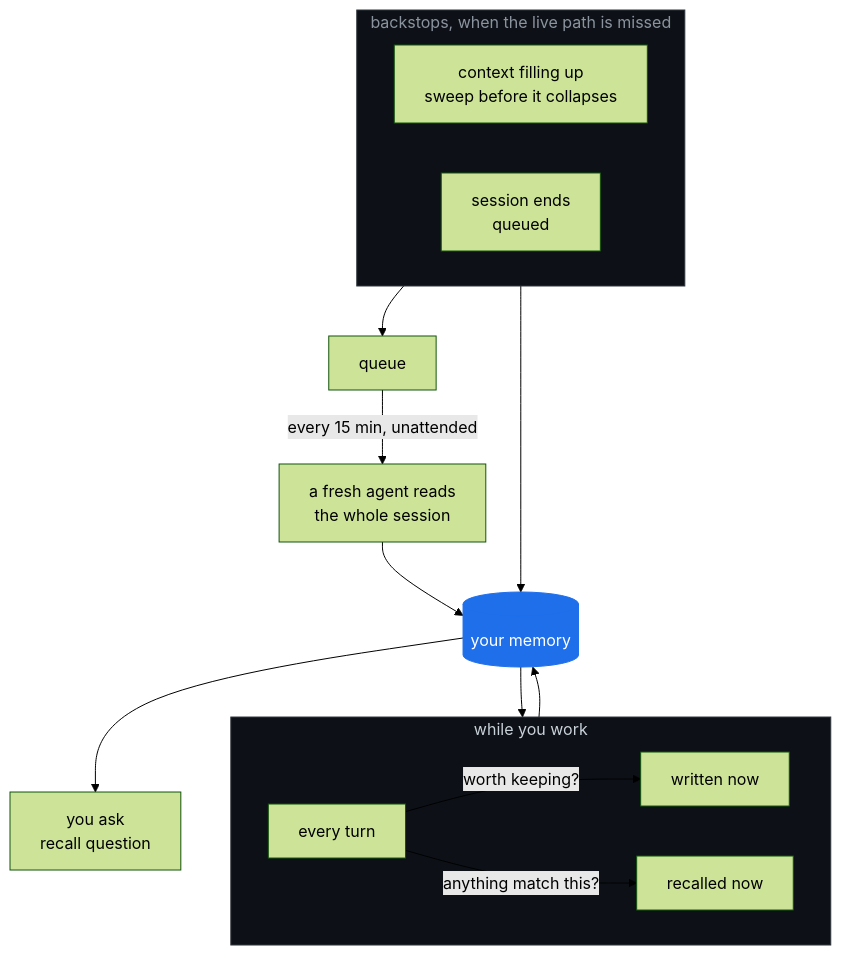
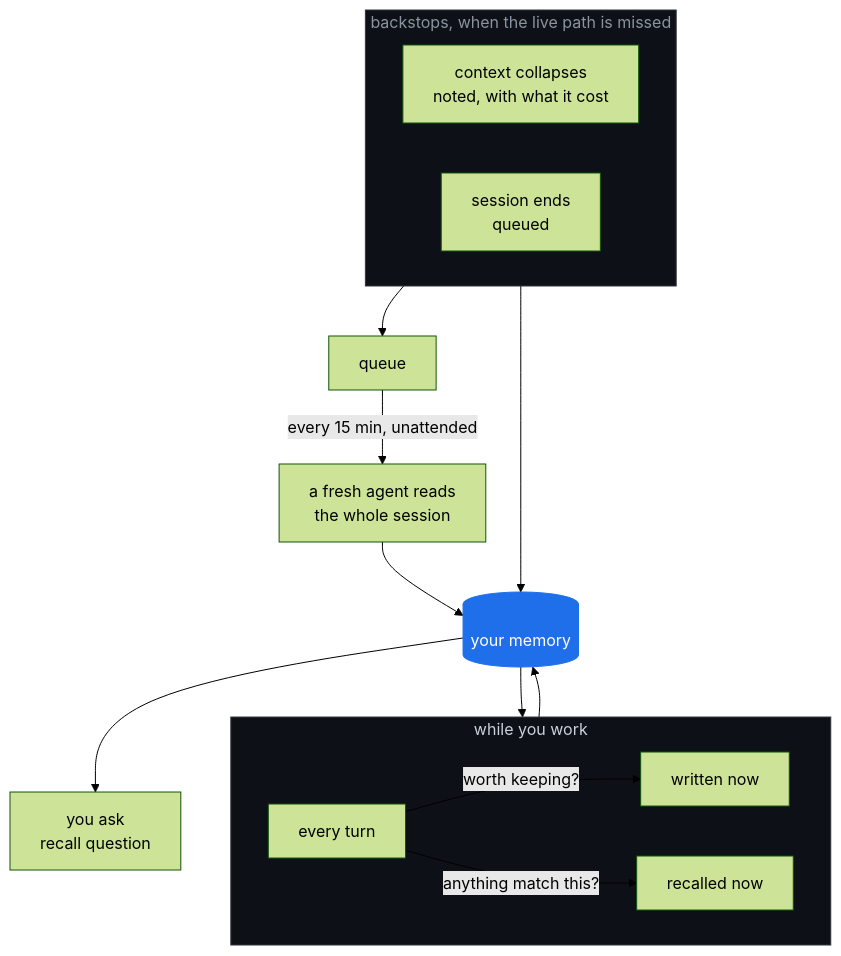
Before and after one commit to ok-wow/recall: the diagram in README.md, drawn with Mermaid (forest theme). The commit also changed other lines of this file and 4 other files, not shown here.

````diff
--- a/README.md
+++ b/README.md
@@ -35,28 +35,28 @@
 ```mermaid
 flowchart TB
     subgraph LIVE["while you work"]
         direction LR
         T["every turn"]
         T -->|"worth keeping?"| W["written now"]
         T -->|"anything match this?"| R["recalled now"]
     end
 
     subgraph BACK["backstops, when the live path is missed"]
         direction LR
-        P["context filling up<br/>sweep before it collapses"]
+        P["context collapses<br/>noted, with what it cost"]
         E["session ends<br/>queued"]
     end
 
     W --> M
     P --> M
     E --> Q["queue"]
     Q -->|"every 15 min, unattended"| F["a fresh agent reads<br/>the whole session"]
     F --> M
 
     M[("your memory")] --> R
     M --> A["you ask<br/>recall question"]
 
     style M fill:#1f6feb,stroke:#1f6feb,color:#fff
     style LIVE fill:#0d1117,stroke:#30363d,color:#c9d1d9
     style BACK fill:#0d1117,stroke:#30363d,color:#8b949e
 ```
````
